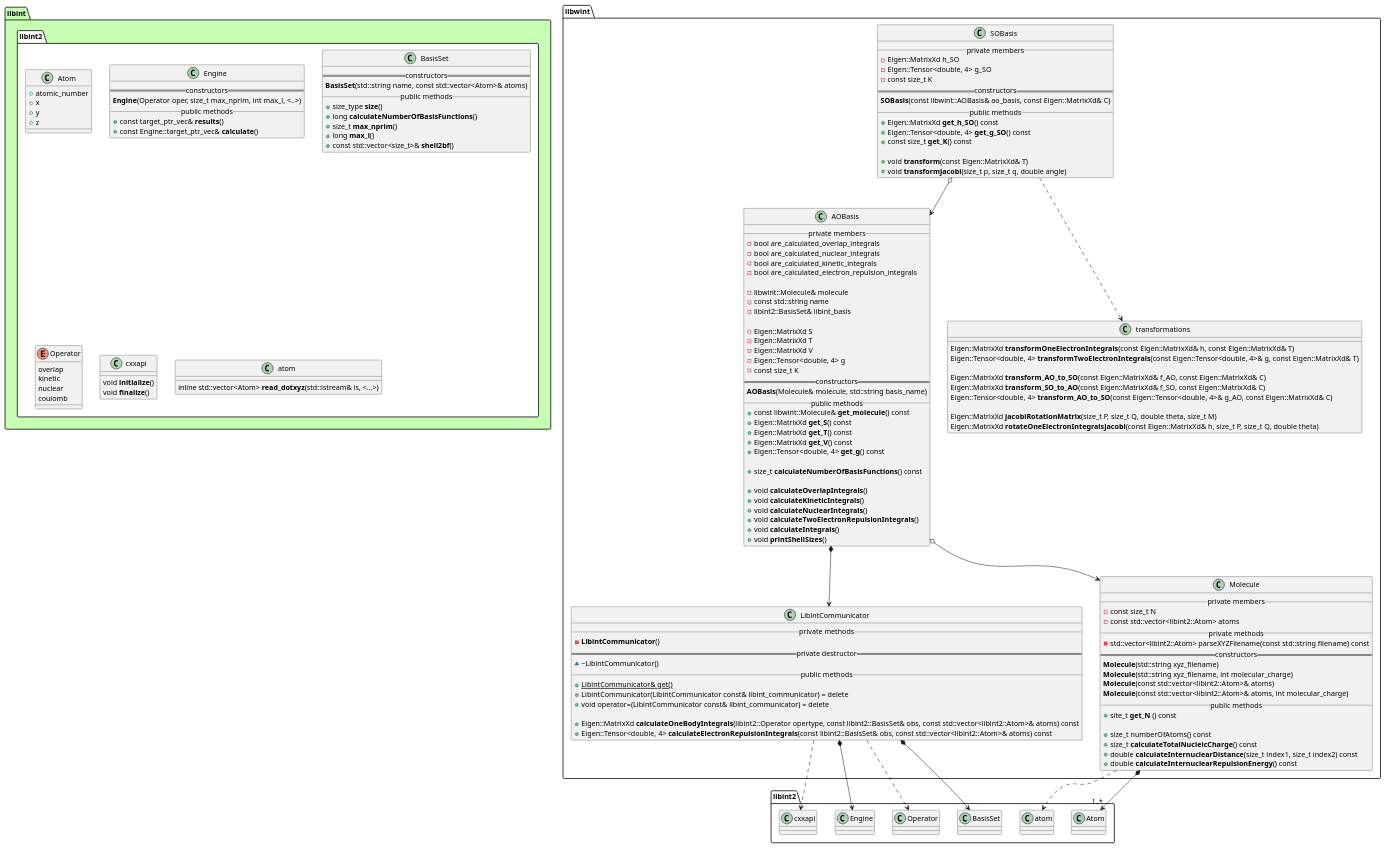
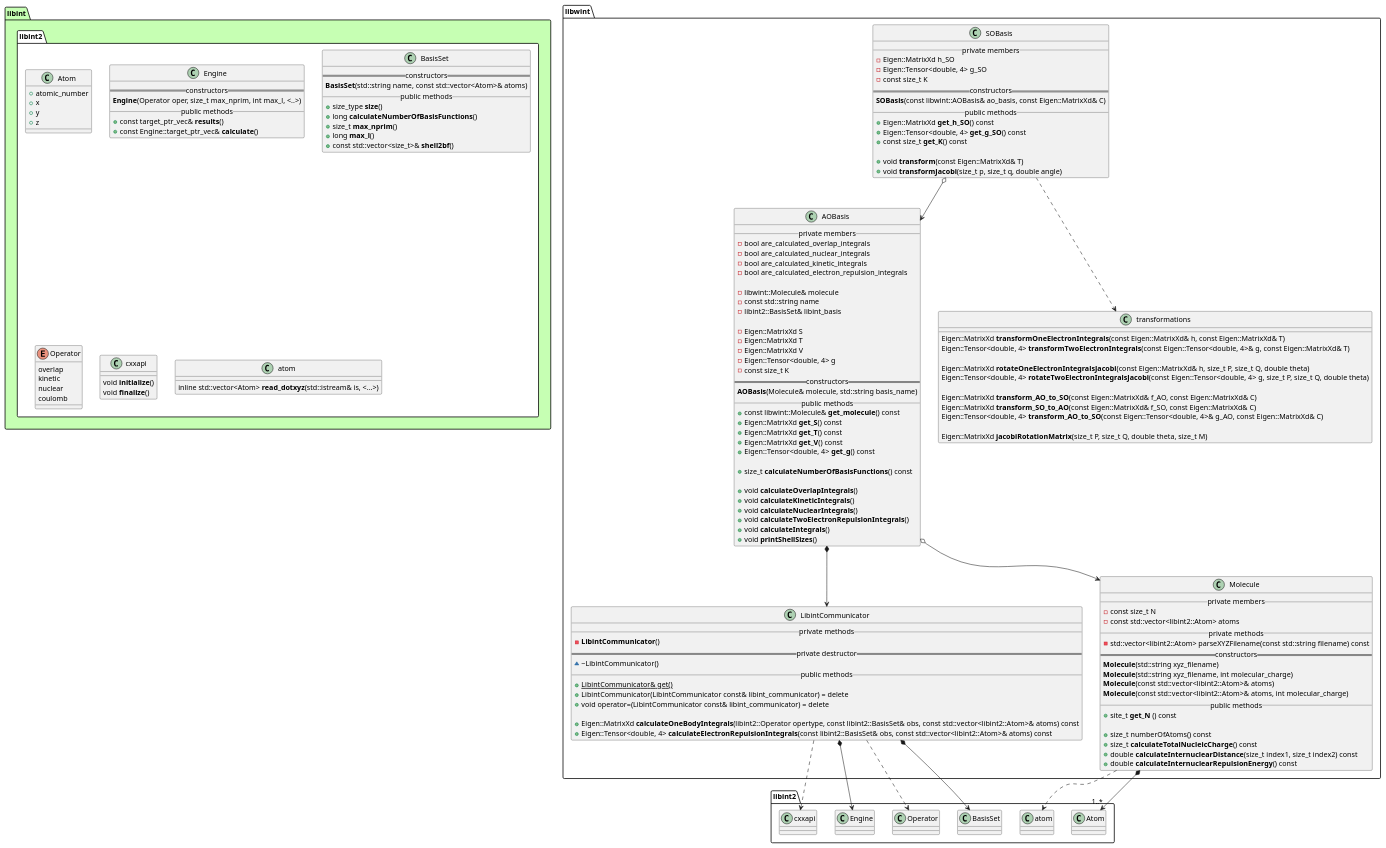
One commit to tmhuysen/libwint changed the diagram in docs/libwint.puml. Above: the diagram before and after it, drawn with PlantUML. The commit also changed 3 other files, not shown here.

Commit message:
Change internal implementation of jacobiRotationMatrix.

```diff
--- a/docs/libwint.puml
+++ b/docs/libwint.puml
@@ -1,176 +1,178 @@
 @startuml
 
 
 
 package libint #c6ffb3 {
     namespace libint2 #ffffff {
         class Atom {
             + atomic_number
             + x
             + y
             + z
         }
 
         class Engine {
             == constructors ==
                 **Engine**(Operator oper, size_t max_nprim, int max_l, <..>)
             __ public methods __
                 + const target_ptr_vec& **results**()
                 + const Engine::target_ptr_vec& **calculate**()
         }
 
         class BasisSet {
             == constructors ==
                 **BasisSet**(std::string name, const std::vector<Atom>& atoms)
             __ public methods __
                 + size_type **size**()
                 + long **calculateNumberOfBasisFunctions**()
                 + size_t **max_nprim**()
                 + long **max_l**()
                 + const std::vector<size_t>& **shell2bf**()
         }
 
         enum Operator {
             overlap
             kinetic
             nuclear
             coulomb
         }
 
         class cxxapi {
                 void **initialize**()
                 void **finalize**()
         }
 
         class atom {
             inline std::vector<Atom> **read_dotxyz**(std::istream& is, <...>)
         }
     }
 }
 
 
 
 
 namespace libwint {
 
     class AOBasis {
         __ private members __
             - bool are_calculated_overlap_integrals
             - bool are_calculated_nuclear_integrals
             - bool are_calculated_kinetic_integrals
             - bool are_calculated_electron_repulsion_integrals
 
             - libwint::Molecule& molecule
             - const std::string name
             - libint2::BasisSet& libint_basis
 
             - Eigen::MatrixXd S
             - Eigen::MatrixXd T
             - Eigen::MatrixXd V
             - Eigen::Tensor<double, 4> g
             - const size_t K
         == constructors ==
             **AOBasis**(Molecule& molecule, std::string basis_name)
         __ public methods __
             + const libwint::Molecule& **get_molecule**() const
             + Eigen::MatrixXd **get_S**() const
             + Eigen::MatrixXd **get_T**() const
             + Eigen::MatrixXd **get_V**() const
             + Eigen::Tensor<double, 4> **get_g**() const
 
             + size_t **calculateNumberOfBasisFunctions**() const
 
             + void **calculateOverlapIntegrals**()
             + void **calculateKineticIntegrals**()
             + void **calculateNuclearIntegrals**()
             + void **calculateTwoElectronRepulsionIntegrals**()
             + void **calculateIntegrals**()
             + void **printShellSizes**()
     }
 
 
     class SOBasis {
         __ private members __
             - Eigen::MatrixXd h_SO
             - Eigen::Tensor<double, 4> g_SO
             - const size_t K
         == constructors ==
             **SOBasis**(const libwint::AOBasis& ao_basis, const Eigen::MatrixXd& C)
         __ public methods __
             + Eigen::MatrixXd **get_h_SO**() const
             + Eigen::Tensor<double, 4> **get_g_SO**() const
             + const size_t **get_K**() const
 
             + void **transform**(const Eigen::MatrixXd& T)
             + void **transformJacobi**(size_t p, size_t q, double angle)
     }
 
 
     class transformations {
             Eigen::MatrixXd **transformOneElectronIntegrals**(const Eigen::MatrixXd& h, const Eigen::MatrixXd& T)
             Eigen::Tensor<double, 4> **transformTwoElectronIntegrals**(const Eigen::Tensor<double, 4>& g, const Eigen::MatrixXd& T)
 
+            Eigen::MatrixXd **rotateOneElectronIntegralsJacobi**(const Eigen::MatrixXd& h, size_t P, size_t Q, double theta)
+            Eigen::Tensor<double, 4> **rotateTwoElectronIntegralsJacobi**(const Eigen::Tensor<double, 4> g, size_t P, size_t Q, double theta)
+
             Eigen::MatrixXd **transform_AO_to_SO**(const Eigen::MatrixXd& f_AO, const Eigen::MatrixXd& C)
             Eigen::MatrixXd **transform_SO_to_AO**(const Eigen::MatrixXd& f_SO, const Eigen::MatrixXd& C)
             Eigen::Tensor<double, 4> **transform_AO_to_SO**(const Eigen::Tensor<double, 4>& g_AO, const Eigen::MatrixXd& C)
 
             Eigen::MatrixXd **jacobiRotationMatrix**(size_t P, size_t Q, double theta, size_t M)
-            Eigen::MatrixXd **rotateOneElectronIntegralsJacobi**(const Eigen::MatrixXd& h, size_t P, size_t Q, double theta)
     }
 
 
     class LibintCommunicator {
         __ private methods __
             - **LibintCommunicator**()
         == private destructor ==
             ~ ~LibintCommunicator()
         __ public methods __
             + {static} LibintCommunicator& get()
             + LibintCommunicator(LibintCommunicator const& libint_communicator) = delete
             + void operator=(LibintCommunicator const& libint_communicator) = delete
 
             + Eigen::MatrixXd **calculateOneBodyIntegrals**(libint2::Operator opertype, const libint2::BasisSet& obs, const std::vector<libint2::Atom>& atoms) const
             + Eigen::Tensor<double, 4> **calculateElectronRepulsionIntegrals**(const libint2::BasisSet& obs, const std::vector<libint2::Atom>& atoms) const
     }
 
 
     class Molecule {
         __ private members __
             - const size_t N
             - const std::vector<libint2::Atom> atoms
         __ private methods __
             - std::vector<libint2::Atom> parseXYZFilename(const std::string filename) const
         == constructors ==
             **Molecule**(std::string xyz_filename)
             **Molecule**(std::string xyz_filename, int molecular_charge)
             **Molecule**(const std::vector<libint2::Atom>& atoms)
             **Molecule**(const std::vector<libint2::Atom>& atoms, int molecular_charge)
         __ public methods __
             + site_t **get_N** () const
 
             + size_t numberOfAtoms() const
             + size_t **calculateTotalNucleicCharge**() const
             + double **calculateInternuclearDistance**(size_t index1, size_t index2) const
             + double **calculateInternuclearRepulsionEnergy**() const
     }
 
 }
 
 
 
 libwint.AOBasis o--> libwint.Molecule
 libwint.AOBasis *--> libwint.LibintCommunicator
 
 libwint.LibintCommunicator *--> libint2.BasisSet
 libwint.LibintCommunicator ..> libint2.Operator
 libwint.LibintCommunicator *--> libint2.Engine
 libwint.LibintCommunicator ..> libint2.cxxapi
 
 libwint.Molecule *--> "1..*" libint2.Atom
 libwint.Molecule ..> libint2.atom
 
 libwint.SOBasis ..> libwint.transformations
 libwint.SOBasis o--> libwint.AOBasis
 
 
 @enduml
```
